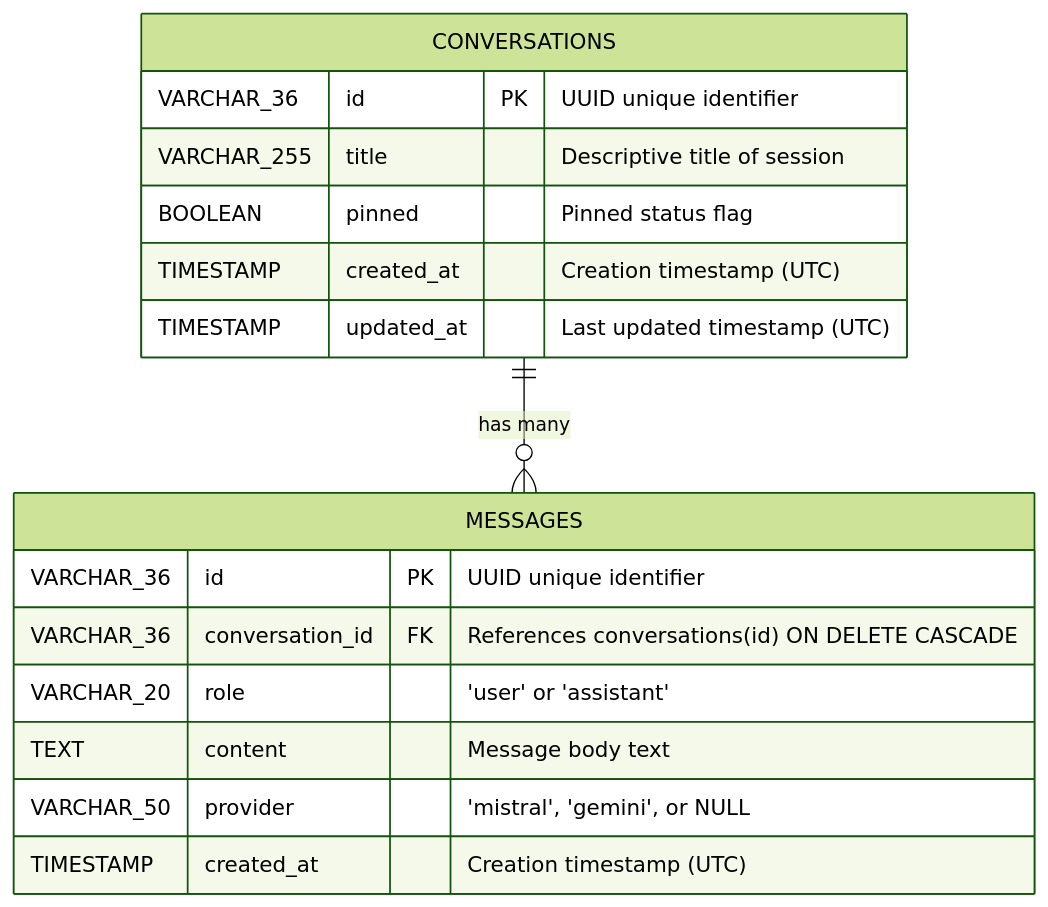
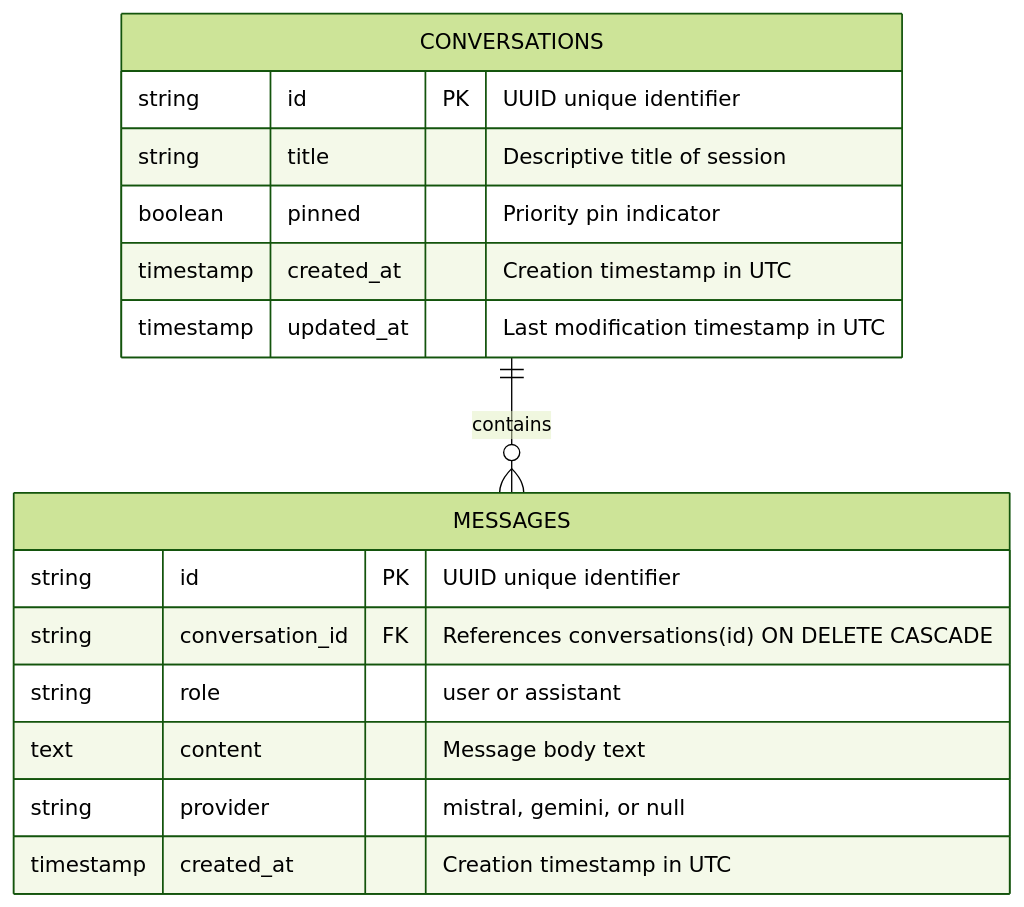
Before and after one commit to paldhaduk7-png/GenAI-Chatbot: the sixth of 6 diagrams in docs/PHASE_2.md, drawn with Mermaid (forest theme). The commit also changed other lines of this file, not shown here.

Commit message:
docs(phase-2): add visual Mermaid flowcharts, lifecycle, and ER diagrams

````diff
--- a/docs/PHASE_2.md
+++ b/docs/PHASE_2.md
@@ -365,21 +505,21 @@
 ```mermaid
 erDiagram
-    CONVERSATIONS ||--o{ MESSAGES : "has many"
+    CONVERSATIONS ||--o{ MESSAGES : contains
 
     CONVERSATIONS {
-        VARCHAR_36 id PK "UUID unique identifier"
-        VARCHAR_255 title "Descriptive title of session"
-        BOOLEAN pinned "Pinned status flag"
-        TIMESTAMP created_at "Creation timestamp (UTC)"
-        TIMESTAMP updated_at "Last updated timestamp (UTC)"
+        string id PK "UUID unique identifier"
+        string title "Descriptive title of session"
+        boolean pinned "Priority pin indicator"
+        timestamp created_at "Creation timestamp in UTC"
+        timestamp updated_at "Last modification timestamp in UTC"
     }
 
     MESSAGES {
-        VARCHAR_36 id PK "UUID unique identifier"
-        VARCHAR_36 conversation_id FK "References conversations(id) ON DELETE CASCADE"
-        VARCHAR_20 role "'user' or 'assistant'"
-        TEXT content "Message body text"
-        VARCHAR_50 provider "'mistral', 'gemini', or NULL"
-        TIMESTAMP created_at "Creation timestamp (UTC)"
+        string id PK "UUID unique identifier"
+        string conversation_id FK "References conversations(id) ON DELETE CASCADE"
+        string role "user or assistant"
+        text content "Message body text"
+        string provider "mistral, gemini, or null"
+        timestamp created_at "Creation timestamp in UTC"
     }
 ```
````
